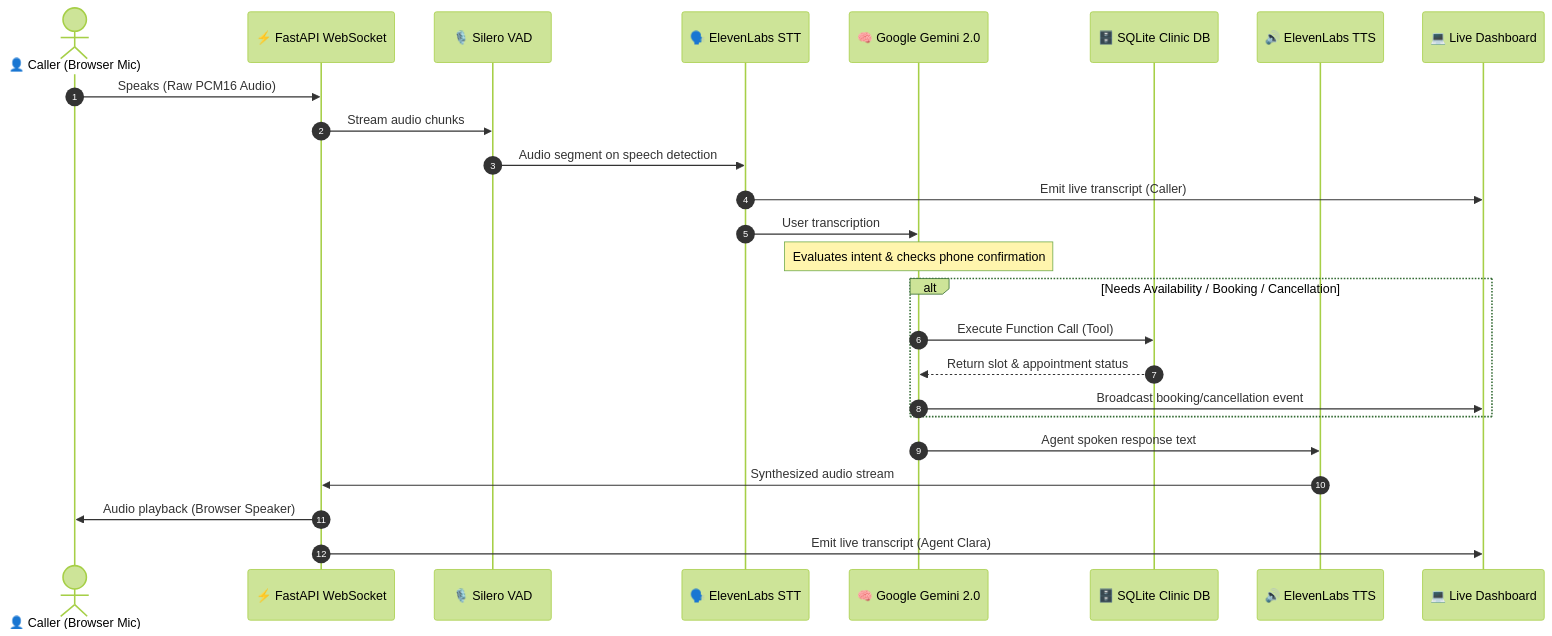
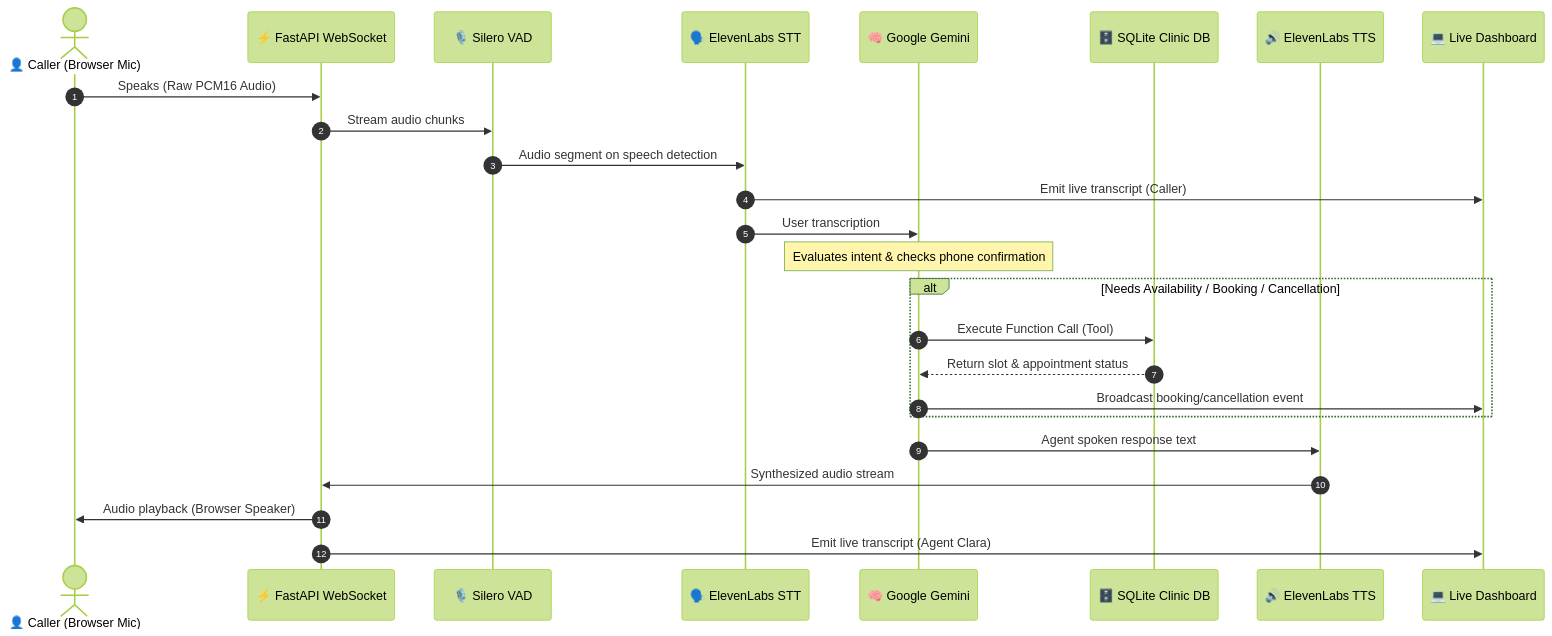
One commit to GouravAgarwal2716/voice-ai-doctor-assistant changed the diagram in README.md. Above: the diagram before and after it, drawn with Mermaid (forest theme). The commit also changed other lines of this file and 19 other files, not shown here.

````diff
--- a/README.md
+++ b/README.md
@@ -42,28 +44,28 @@
 ```mermaid
 sequenceDiagram
     autonumber
     actor Caller as 👤 Caller (Browser Mic)
     participant WS as ⚡ FastAPI WebSocket
     participant VAD as 🎙️ Silero VAD
     participant STT as 🗣️ ElevenLabs STT
-    participant LLM as 🧠 Google Gemini 2.0
+    participant LLM as 🧠 Google Gemini
     participant DB as 🗄️ SQLite Clinic DB
     participant TTS as 🔊 ElevenLabs TTS
     participant Dash as 💻 Live Dashboard
 
     Caller->>WS: Speaks (Raw PCM16 Audio)
     WS->>VAD: Stream audio chunks
     VAD->>STT: Audio segment on speech detection
     STT->>Dash: Emit live transcript (Caller)
     STT->>LLM: User transcription
     Note over LLM: Evaluates intent & checks phone confirmation
     alt Needs Availability / Booking / Cancellation
         LLM->>DB: Execute Function Call (Tool)
         DB-->>LLM: Return slot & appointment status
         LLM->>Dash: Broadcast booking/cancellation event
     end
     LLM->>TTS: Agent spoken response text
     TTS->>WS: Synthesized audio stream
     WS->>Caller: Audio playback (Browser Speaker)
     WS->>Dash: Emit live transcript (Agent Clara)
 ```
````
